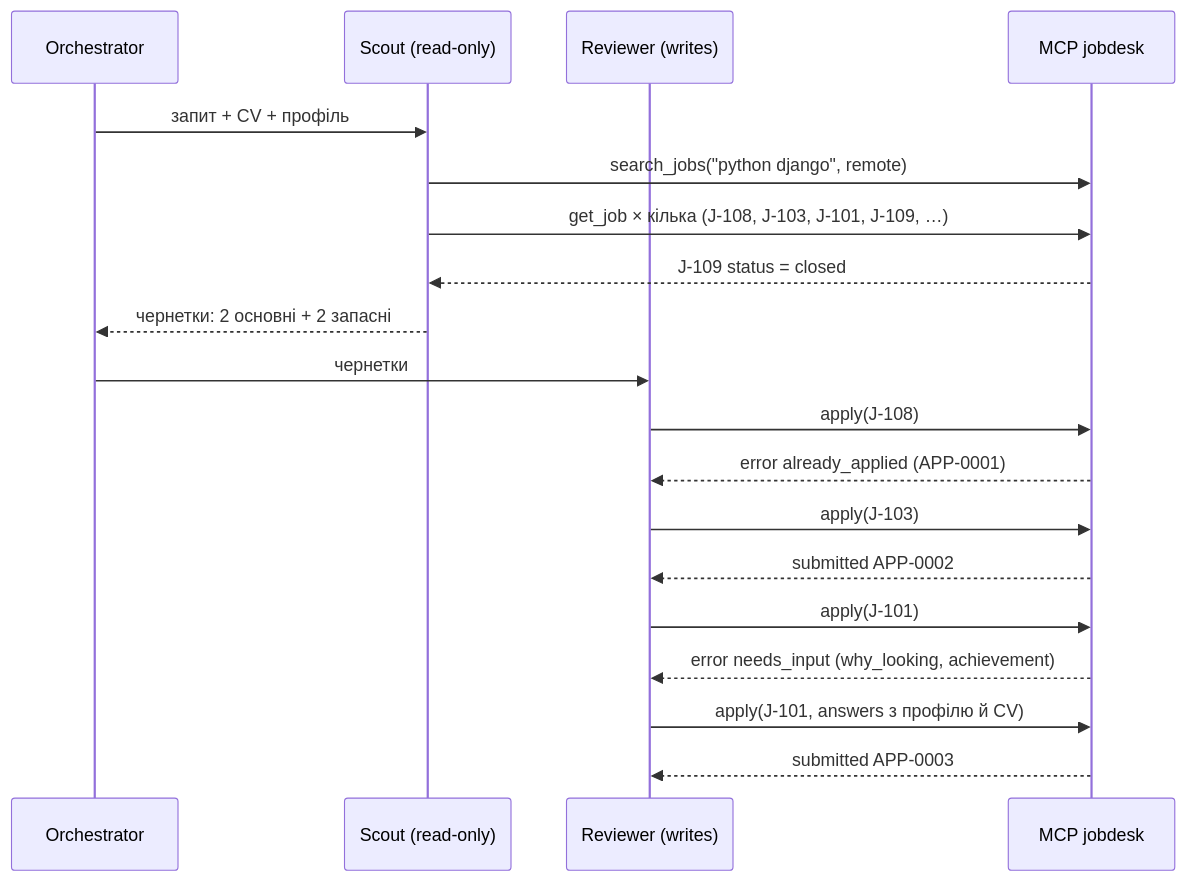
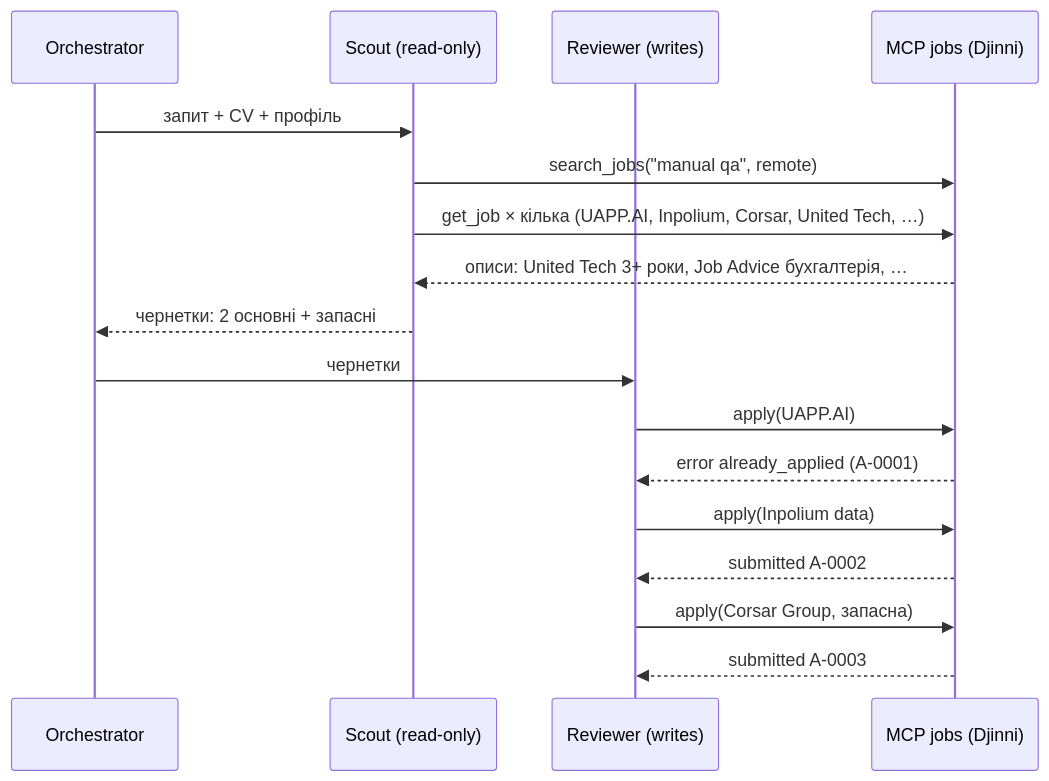
One commit to stanislawwus/job-desk-agents changed the diagram in docs/ARCHITECTURE.md. Above: the diagram before and after it, drawn with Mermaid. The commit also changed other lines of this file and 68 other files, not shown here.

First line of the commit message:
Rework jobs_helper_MCP for the mini-project: Djinni only, light agents

````diff
--- a/docs/ARCHITECTURE.md
+++ b/docs/ARCHITECTURE.md
@@ -62,21 +86,19 @@
 ```mermaid
 sequenceDiagram
     participant O as Orchestrator
     participant S as Scout (read-only)
     participant R as Reviewer (writes)
-    participant M as MCP jobdesk
+    participant M as MCP jobs (Djinni)
     O->>S: запит + CV + профіль
-    S->>M: search_jobs("python django", remote)
-    S->>M: get_job × кілька (J-108, J-103, J-101, J-109, …)
-    M-->>S: J-109 status = closed
-    S-->>O: чернетки: 2 основні + 2 запасні
+    S->>M: search_jobs("manual qa", remote)
+    S->>M: get_job × кілька (UAPP.AI, Inpolium, Corsar, United Tech, …)
+    M-->>S: описи: United Tech 3+ роки, Job Advice бухгалтерія, …
+    S-->>O: чернетки: 2 основні + запасні
     O->>R: чернетки
-    R->>M: apply(J-108)
-    M-->>R: error already_applied (APP-0001)
-    R->>M: apply(J-103)
-    M-->>R: submitted APP-0002
-    R->>M: apply(J-101)
-    M-->>R: error needs_input (why_looking, achievement)
-    R->>M: apply(J-101, answers з профілю й CV)
-    M-->>R: submitted APP-0003
+    R->>M: apply(UAPP.AI)
+    M-->>R: error already_applied (A-0001)
+    R->>M: apply(Inpolium data)
+    M-->>R: submitted A-0002
+    R->>M: apply(Corsar Group, запасна)
+    M-->>R: submitted A-0003
 ```
````
